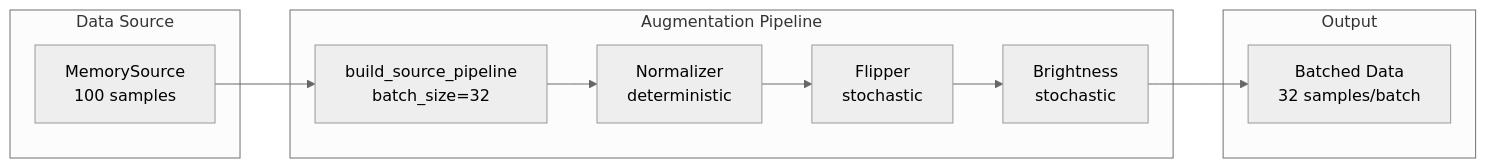
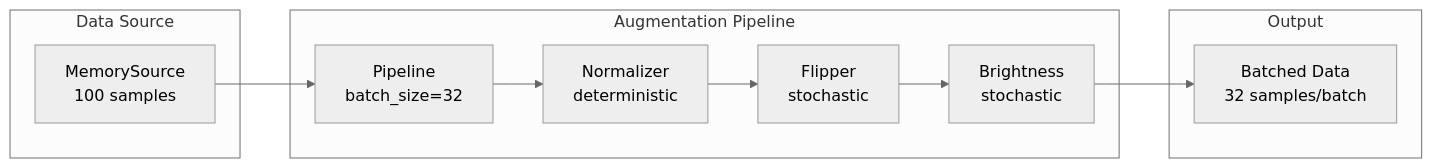
The diagram in docs/examples/core/operators-tutorial.md (avitai/datarax), drawn with Mermaid (neutral theme) before and after one commit. The commit also changed other lines of this file and 330 other files, not shown here.

````diff
--- a/docs/examples/core/operators-tutorial.md
+++ b/docs/examples/core/operators-tutorial.md
@@ -374,19 +374,19 @@
 ```mermaid
 flowchart LR
     subgraph Source["Data Source"]
         MS[MemorySource<br/>100 samples]
     end
 
     subgraph Pipeline["Augmentation Pipeline"]
-        FS[build_source_pipeline<br/>batch_size=32]
+        FS[Pipeline<br/>batch_size=32]
         N[Normalizer<br/>deterministic]
         F[Flipper<br/>stochastic]
         B[Brightness<br/>stochastic]
     end
 
     subgraph Output["Output"]
         OUT[Batched Data<br/>32 samples/batch]
     end
 
     MS --> FS --> N --> F --> B --> OUT
 ```
````
